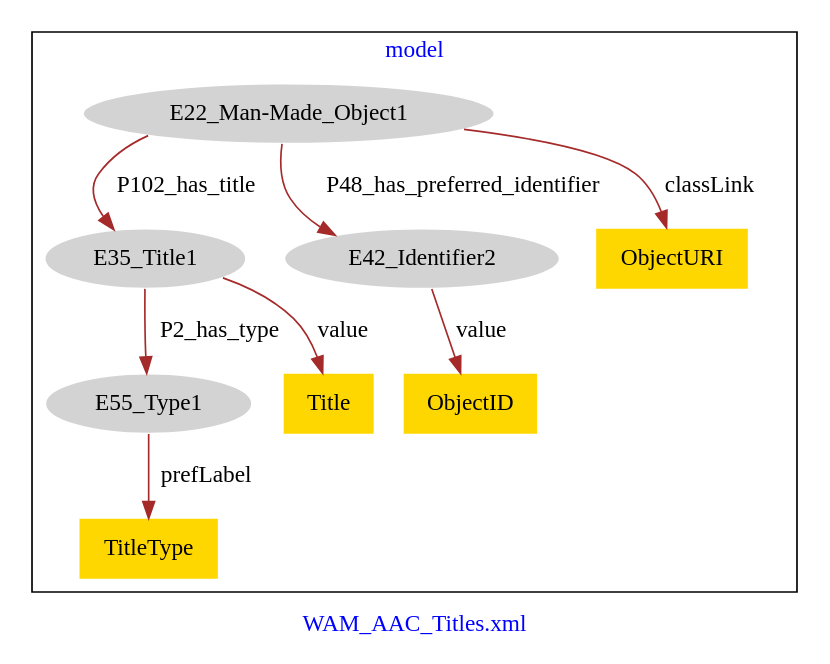
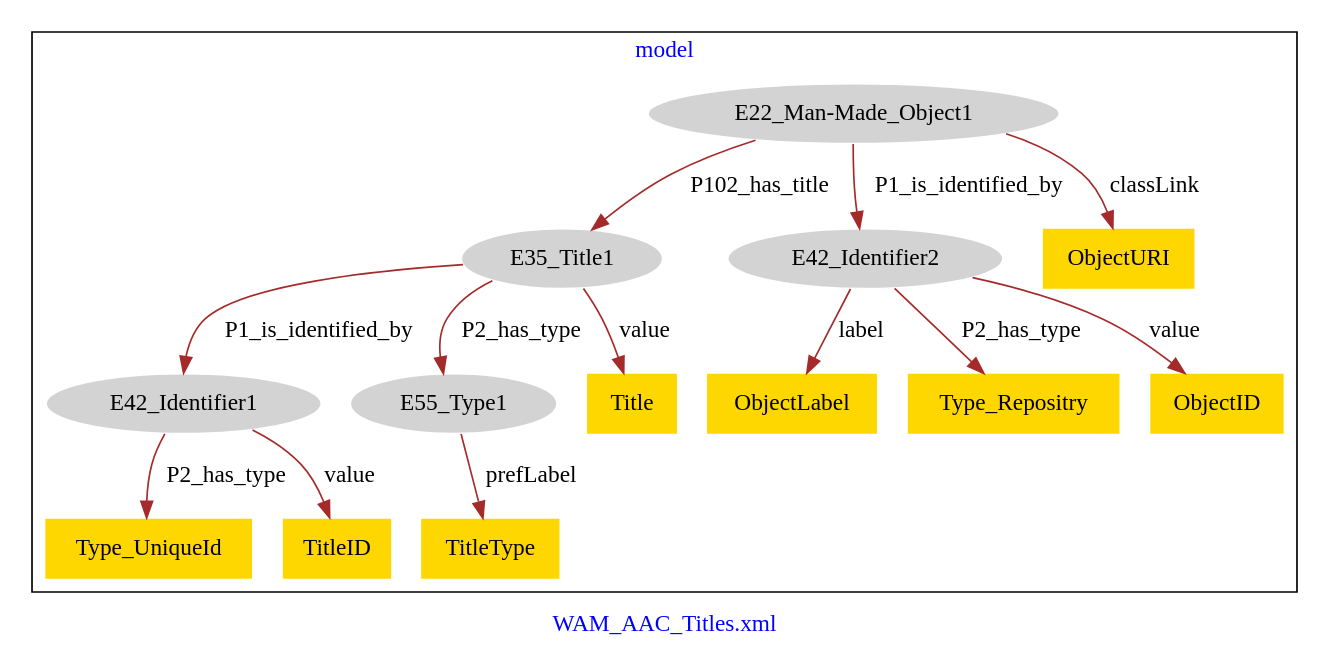
One commit to american-art/wam changed the diagram in WAM_AAC_Titles/WAM_AAC_AlternateTitles-model.dot. Above: the diagram before and after it, drawn with Graphviz. The commit also changed 38 other files, not shown here.

```diff
--- a/WAM_AAC_Titles/WAM_AAC_AlternateTitles-model.dot
+++ b/WAM_AAC_Titles/WAM_AAC_AlternateTitles-model.dot
@@ -1,23 +1,33 @@
 digraph n0 {
 fontcolor="blue"
 remincross="true"
 label="WAM_AAC_Titles.xml"
 subgraph cluster {
 label="model"
 n2[style="filled",color="white",fillcolor="lightgray",label="E22_Man-Made_Object1"];
 n3[style="filled",color="white",fillcolor="lightgray",label="E35_Title1"];
 n4[style="filled",color="white",fillcolor="lightgray",label="E42_Identifier2"];
-n5[style="filled",color="white",fillcolor="lightgray",label="E55_Type1"];
-n6[shape="plaintext",style="filled",fillcolor="gold",label="ObjectID"];
-n7[shape="plaintext",style="filled",fillcolor="gold",label="ObjectURI"];
-n8[shape="plaintext",style="filled",fillcolor="gold",label="Title"];
-n9[shape="plaintext",style="filled",fillcolor="gold",label="TitleType"];
+n5[style="filled",color="white",fillcolor="lightgray",label="E42_Identifier1"];
+n6[style="filled",color="white",fillcolor="lightgray",label="E55_Type1"];
+n7[shape="plaintext",style="filled",fillcolor="gold",label="ObjectLabel"];
+n8[shape="plaintext",style="filled",fillcolor="gold",label="Type_Repositry"];
+n9[shape="plaintext",style="filled",fillcolor="gold",label="ObjectURI"];
+n10[shape="plaintext",style="filled",fillcolor="gold",label="ObjectID"];
+n11[shape="plaintext",style="filled",fillcolor="gold",label="Title"];
+n12[shape="plaintext",style="filled",fillcolor="gold",label="Type_UniqueId"];
+n13[shape="plaintext",style="filled",fillcolor="gold",label="TitleType"];
+n14[shape="plaintext",style="filled",fillcolor="gold",label="TitleID"];
 }
 n2 -> n3[color="brown",fontcolor="black",label="P102_has_title"]
-n2 -> n4[color="brown",fontcolor="black",label="P48_has_preferred_identifier"]
-n3 -> n5[color="brown",fontcolor="black",label="P2_has_type"]
-n4 -> n6[color="brown",fontcolor="black",label="value"]
-n2 -> n7[color="brown",fontcolor="black",label="classLink"]
-n3 -> n8[color="brown",fontcolor="black",label="value"]
-n5 -> n9[color="brown",fontcolor="black",label="prefLabel"]
+n2 -> n4[color="brown",fontcolor="black",label="P1_is_identified_by"]
+n3 -> n5[color="brown",fontcolor="black",label="P1_is_identified_by"]
+n3 -> n6[color="brown",fontcolor="black",label="P2_has_type"]
+n4 -> n7[color="brown",fontcolor="black",label="label"]
+n4 -> n8[color="brown",fontcolor="black",label="P2_has_type"]
+n2 -> n9[color="brown",fontcolor="black",label="classLink"]
+n4 -> n10[color="brown",fontcolor="black",label="value"]
+n3 -> n11[color="brown",fontcolor="black",label="value"]
+n5 -> n12[color="brown",fontcolor="black",label="P2_has_type"]
+n6 -> n13[color="brown",fontcolor="black",label="prefLabel"]
+n5 -> n14[color="brown",fontcolor="black",label="value"]
 }
```
